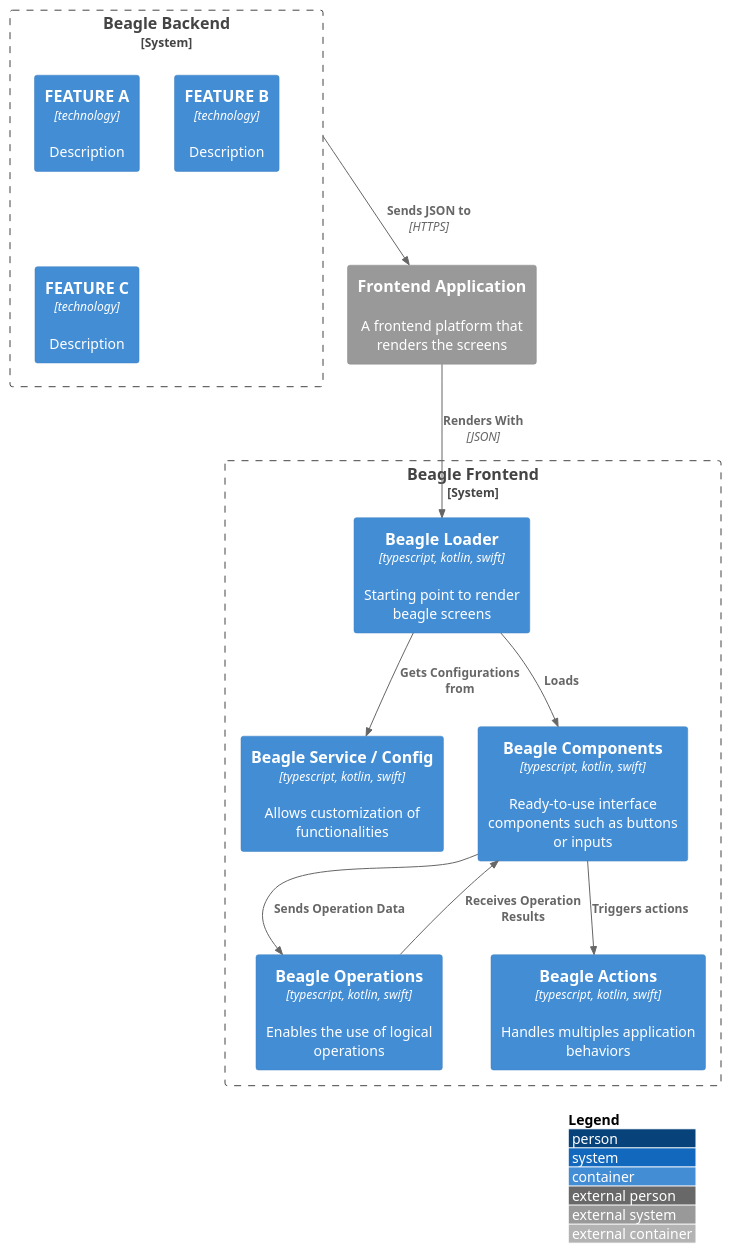
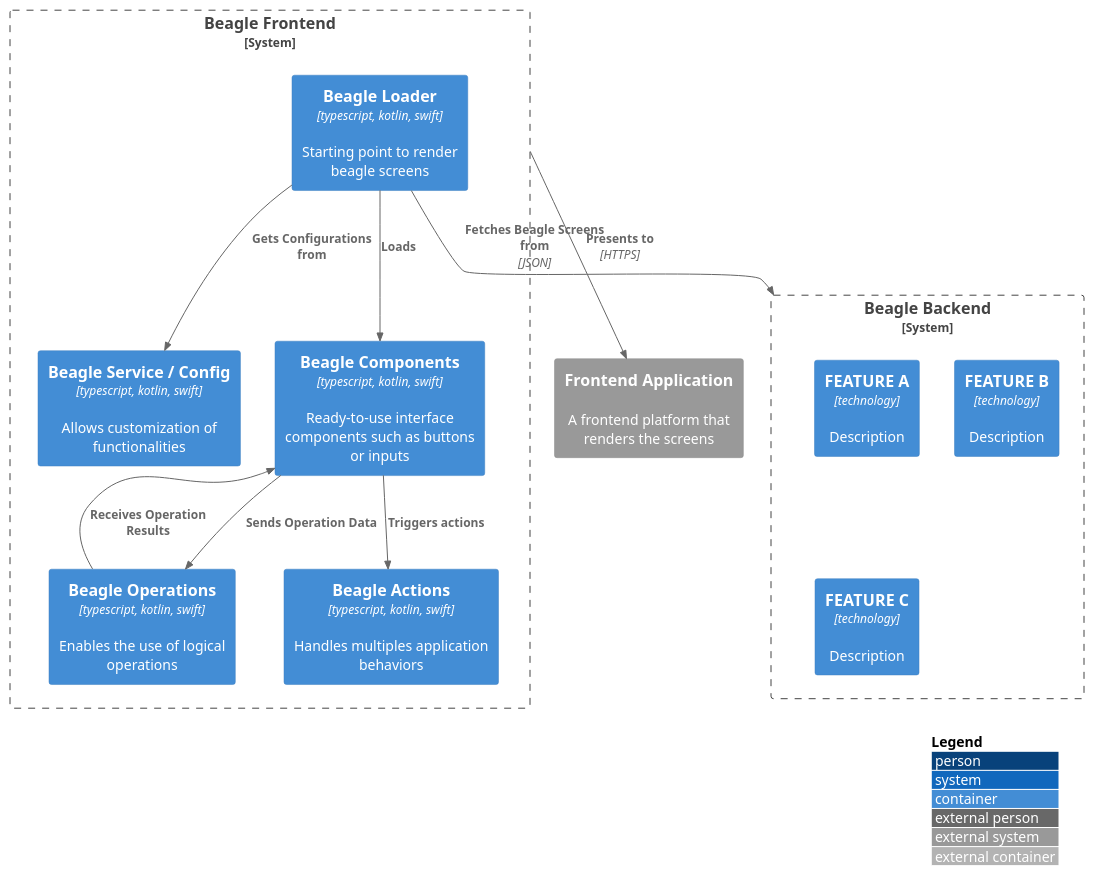
The diagram in src/Beagle Containers/beagle-frontend.container.puml (hectorcustodiozup/Beagle-C4-Model), drawn with PlantUML before and after one commit.

Commit message:
Updates descriptions

```diff
--- a/src/Beagle Containers/beagle-frontend.container.puml
+++ b/src/Beagle Containers/beagle-frontend.container.puml
@@ -1,31 +1,31 @@
 @startuml
 !include https://raw.githubusercontent.com/adrianvlupu/C4-PlantUML/latest/C4_Container.puml
 
 LAYOUT_WITH_LEGEND()
 
-System_Boundary(bf, "Beagle Frontend") {
+System_Boundary(beagle_backend, "Beagle Backend") {
+    Container(fea, "FEATURE A", "technology", "Description")
+    Container(feb, "FEATURE B", "technology", "Description")
+    Container(fec, "FEATURE C", "technology", "Description")
+}
+
+System_Boundary(beagle_frontend, "Beagle Frontend") {
     Container(beagle_action, "Beagle Actions", "typescript, kotlin, swift", "Handles multiples application behaviors")
     Container(beagle_operation, "Beagle Operations", "typescript, kotlin, swift", "Enables the use of logical operations")
     Container(beagle_service, "Beagle Service / Config", "typescript, kotlin, swift", "Allows customization of functionalities")
     Container(beagle_loader, "Beagle Loader", "typescript, kotlin, swift", "Starting point to render beagle screens")
     Container(beagle_components, "Beagle Components", "typescript, kotlin, swift", "Ready-to-use interface components such as buttons or inputs")
 
     
     Rel(beagle_loader, beagle_service, "Gets Configurations from")
     Rel(beagle_components, beagle_operation, "Sends Operation Data")
     Rel(beagle_operation, beagle_components, "Receives Operation Results")
     Rel(beagle_components, beagle_action, "Triggers actions")
     Rel(beagle_loader, beagle_components, "Loads")
 }
 
-System_Boundary(beagle_backend, "Beagle Backend") {
-    Container(fea, "FEATURE A", "technology", "Description")
-    Container(feb, "FEATURE B", "technology", "Description")
-    Container(fec, "FEATURE C", "technology", "Description")
-}
-
 System_Ext(frontend_app, "Frontend Application", "A frontend platform that renders the screens")
 
-Rel(beagle_backend, frontend_app, "Sends JSON to", "HTTPS")
-Rel(frontend_app, beagle_loader, "Renders With", "JSON")
+Rel(beagle_frontend, frontend_app, "Presents to", "HTTPS")
+Rel(beagle_loader, beagle_backend, "Fetches Beagle Screens from", "JSON")
 @enduml
```
